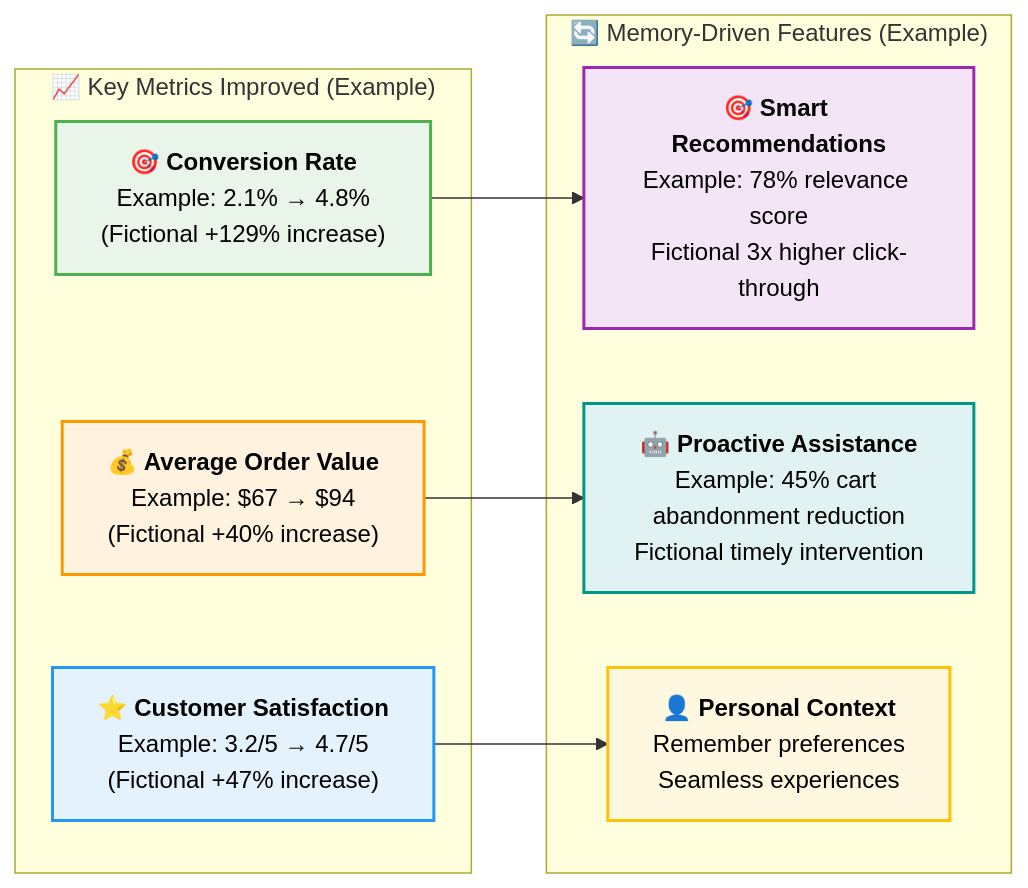
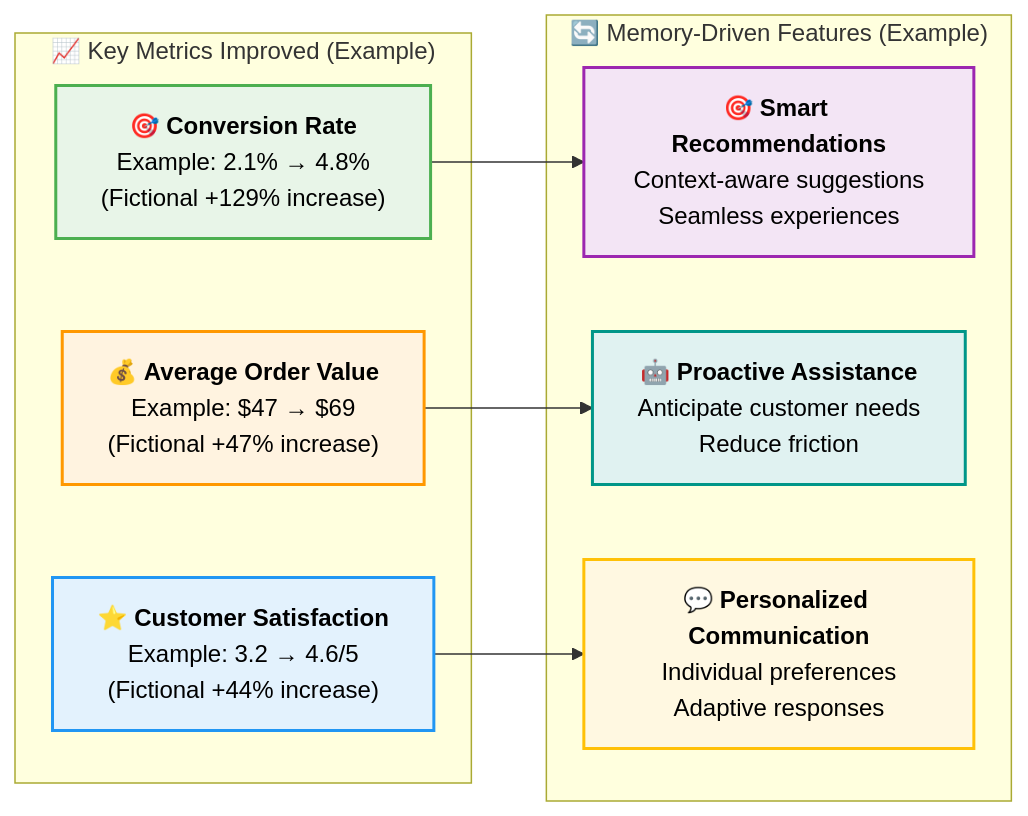
The seventh of 7 diagrams in 07_agent/08_chapter.md (raphaelmansuy/tutorials), drawn with Mermaid before and after one commit. The commit also changed other lines of this file, not shown here.

````diff
--- a/07_agent/08_chapter.md
+++ b/07_agent/08_chapter.md
@@ -1374,42 +1532,42 @@
 ```mermaid
 flowchart LR
     subgraph "📈 Key Metrics Improved (Example)"
         CR["`🎯 **Conversion Rate**
         Example: 2.1% → 4.8%
         (Fictional +129% increase)`"]
         
         AOV["`💰 **Average Order Value**
-        Example: $67 → $94
-        (Fictional +40% increase)`"]
+        Example: $47 → $69
+        (Fictional +47% increase)`"]
         
         CS["`⭐ **Customer Satisfaction**
-        Example: 3.2/5 → 4.7/5
-        (Fictional +47% increase)`"]
+        Example: 3.2 → 4.6/5
+        (Fictional +44% increase)`"]
     end
     
     subgraph "🔄 Memory-Driven Features (Example)"
         PR["`🎯 **Smart Recommendations**
-        Example: 78% relevance score
-        Fictional 3x higher click-through`"]
+        Context-aware suggestions
+        Seamless experiences`"]
         
         PA["`🤖 **Proactive Assistance**
-        Example: 45% cart abandonment reduction
-        Fictional timely intervention`"]
+        Anticipate customer needs
+        Reduce friction`"]
         
-        PC["`👤 **Personal Context**
-        Remember preferences
-        Seamless experiences`"]
+        PC["`💬 **Personalized Communication**
+        Individual preferences
+        Adaptive responses`"]
     end
     
     CR --> PR
     AOV --> PA
     CS --> PC
     
     style CR fill:#e8f5e8,stroke:#4caf50,stroke-width:2px,color:#000
     style AOV fill:#fff3e0,stroke:#ff9800,stroke-width:2px,color:#000
     style CS fill:#e3f2fd,stroke:#2196f3,stroke-width:2px,color:#000
     
     style PR fill:#f3e5f5,stroke:#9c27b0,stroke-width:2px,color:#000
     style PA fill:#e0f2f1,stroke:#009688,stroke-width:2px,color:#000
     style PC fill:#fff8e1,stroke:#ffc107,stroke-width:2px,color:#000
 ```
````
